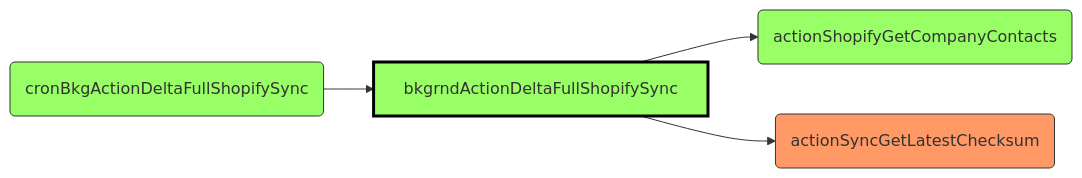
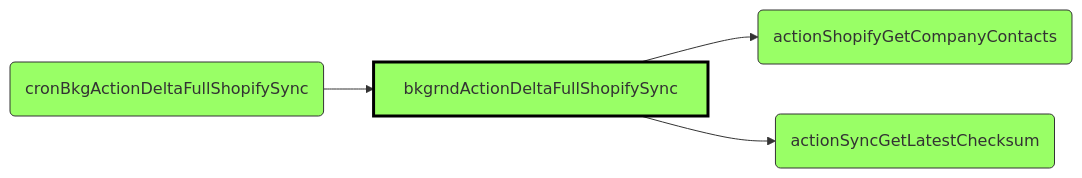
One commit to joze-liburn/uibakery changed the fifth of 31 diagrams in automations.md. Above: the diagram before and after it, drawn with Mermaid. The commit also changed other lines of this file and 3 other files, not shown here.

Commit message:
Added calls between automations and actions so that each pair appears twice. Two missing web services. Added overall call graph. Fixed internal symbol names.

````diff
--- a/automations.md
+++ b/automations.md
@@ -158,16 +160,16 @@
 ```mermaid
 graph LR
   classDef this fill:#9f6,stroke:#000,stroke-width:3;
   classDef automation fill:#9f6,stroke:#333;
   classDef action fill:#f96,stroke:#333;
   classDef database fill:#96f,stroke:#333;
 
   aut04(cronBkgActionDeltaFullShopifySync) --> aut05[bkgrndActionDeltaFullShopifySync]
   aut05[bkgrndActionDeltaFullShopifySync] --> aut10(actionShopifyGetCompanyContacts)
-  aut05[bkgrndActionDeltaFullShopifySync] --> act1(actionSyncGetLatestChecksum)
+  aut05[bkgrndActionDeltaFullShopifySync] --> aut06(actionSyncGetLatestChecksum)
 
   class aut05 this
-  class aut04,aut10 automation
+  class aut04,aut06,aut10 automation
   class act1 action
   class db database
 ```
````
